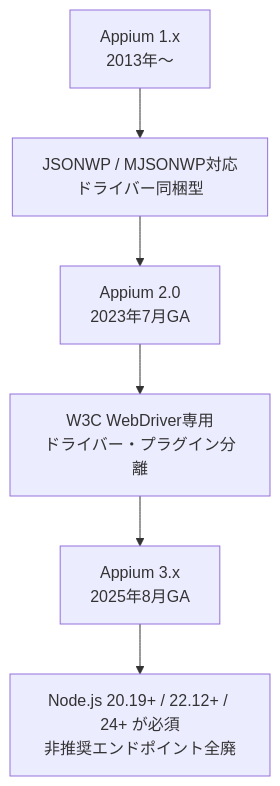
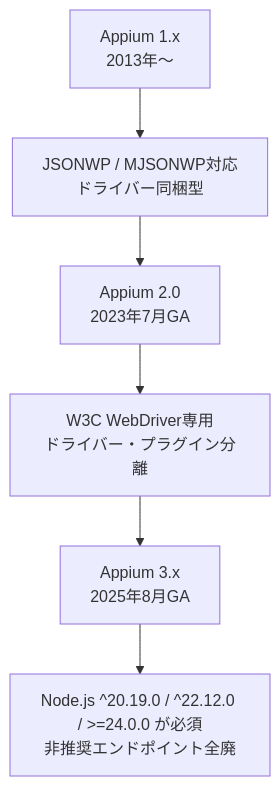
One commit to myoshi2891/Quality-Assurance-Studies changed the second of 7 diagrams in Appium-essentials-guide.md. Above: the diagram before and after it, drawn with Mermaid. The commit also changed other lines of this file and 2 other files, not shown here.

Commit message:
docs: refine API test error handling, Appium specs, and guide references

````diff
--- a/Appium-essentials-guide.md
+++ b/Appium-essentials-guide.md
@@ -99,8 +99,8 @@
 ```mermaid
 flowchart TD
     A["Appium 1.x<br/>2013年〜"] --> B["JSONWP / MJSONWP対応<br/>ドライバー同梱型"]
     B --> C["Appium 2.0<br/>2023年7月GA"]
     C --> D["W3C WebDriver専用<br/>ドライバー・プラグイン分離"]
     D --> E["Appium 3.x<br/>2025年8月GA"]
-    E --> F["Node.js 20.19+ / 22.12+ / 24+ が必須<br/>非推奨エンドポイント全廃"]
+    E --> F["Node.js ^20.19.0 / ^22.12.0 / >=24.0.0 が必須<br/>非推奨エンドポイント全廃"]
 ```
````
